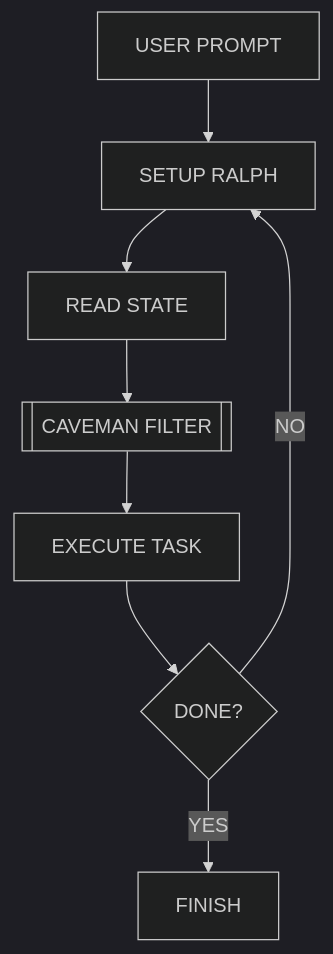
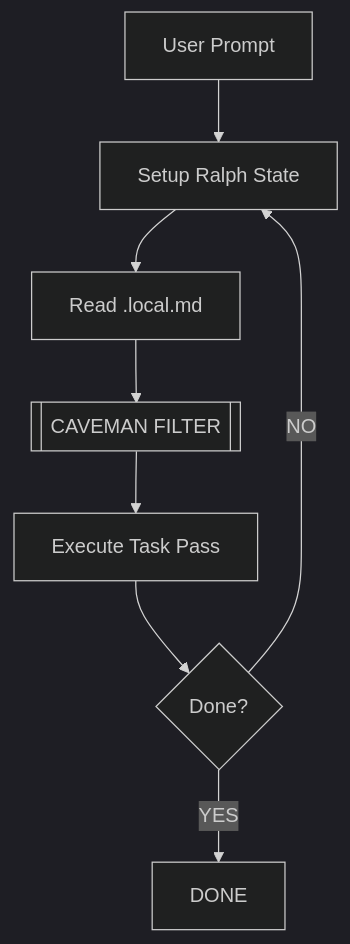
Before and after one commit to Ratkiller446/ralph-caveman: the diagram in README.md, drawn with Mermaid (dark theme). The commit also changed other lines of this file and 2 other files, not shown here.

````diff
--- a/README.md
+++ b/README.md
@@ -87,10 +64,10 @@
 ```mermaid
 graph TD
-  Prompt[USER PROMPT] --> Setup[SETUP RALPH]
-  Setup --> State[READ STATE]
-  State --> Caveman[[CAVEMAN FILTER]]
-  Caveman --> Exec[EXECUTE TASK]
-  Exec --> Loop{DONE?}
-  Loop -- NO --> Setup
-  Loop -- YES --> Finish[FINISH]
+  A[User Prompt] --> B[Setup Ralph State]
+  B --> C[Read .local.md]
+  C --> D[[CAVEMAN FILTER]]
+  D --> E[Execute Task Pass]
+  E --> F{Done?}
+  F -- NO --> B
+  F -- YES --> G[<promise>DONE</promise>]
 ```
````
